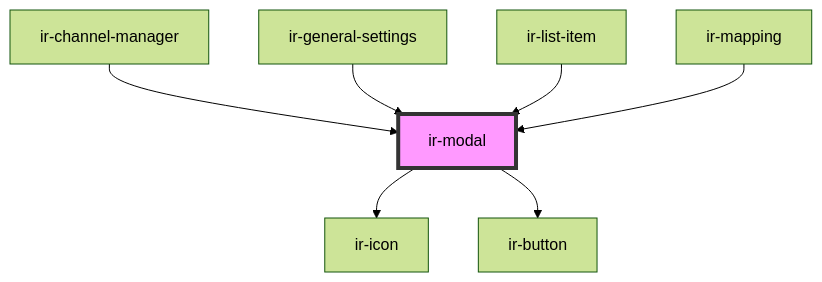
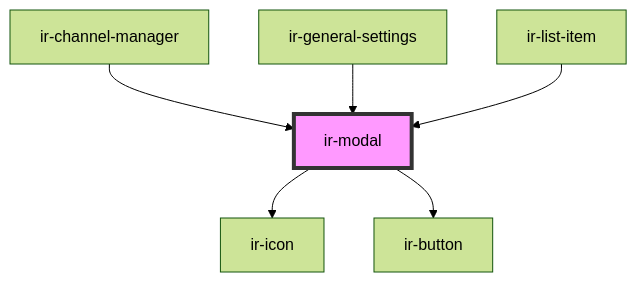
The diagram in src/components/ir-modal/readme.md (freddynasr/ir-webcmp), drawn with Mermaid (forest theme) before and after one commit. The commit also changed other lines of this file and 12 other files, not shown here.

````diff
--- a/src/components/ir-modal/readme.md
+++ b/src/components/ir-modal/readme.md
@@ -72,10 +71,9 @@
 ```mermaid
 graph TD;
   ir-modal --> ir-icon
   ir-modal --> ir-button
   ir-channel-manager --> ir-modal
   ir-general-settings --> ir-modal
   ir-list-item --> ir-modal
-  ir-mapping --> ir-modal
   style ir-modal fill:#f9f,stroke:#333,stroke-width:4px
 ```
````
